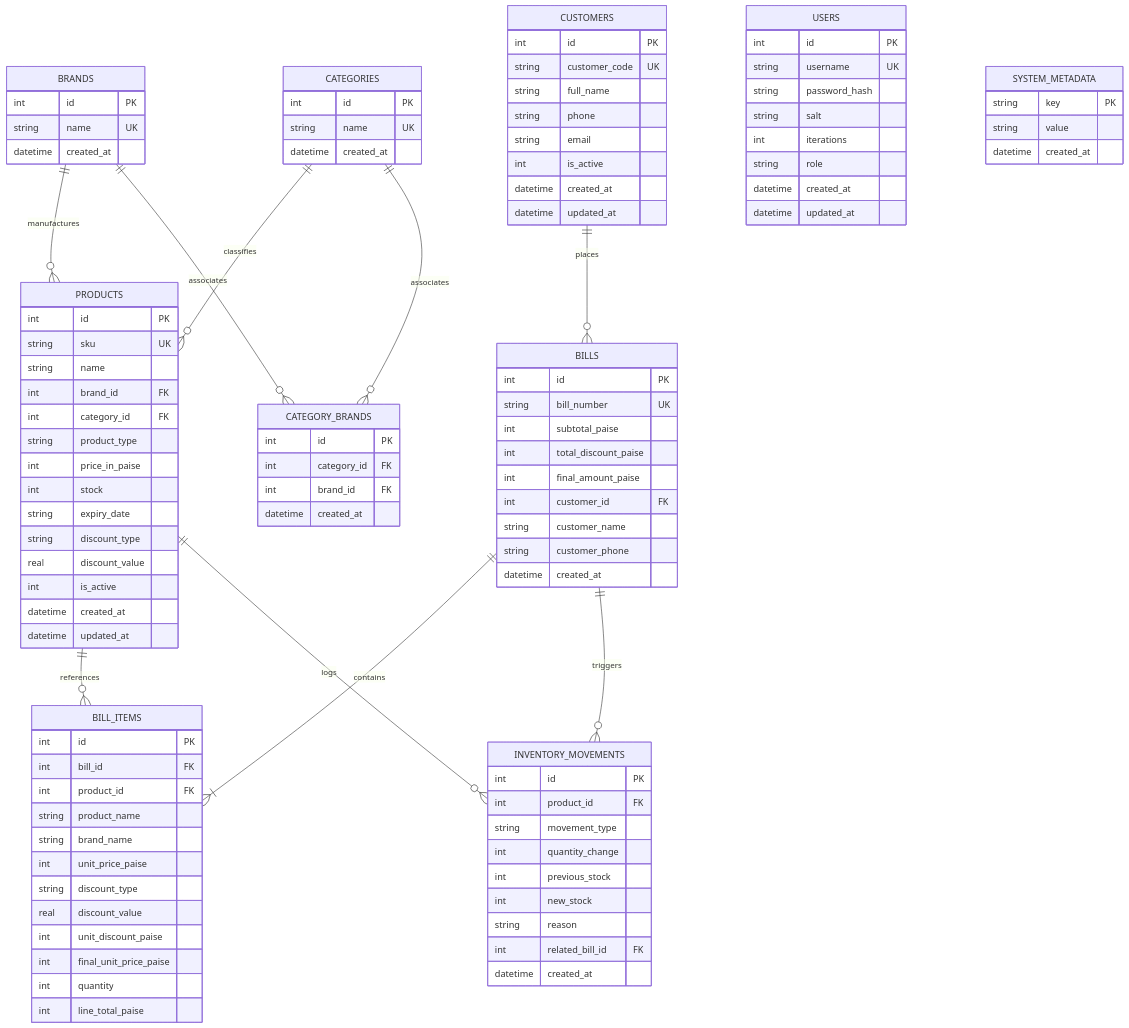
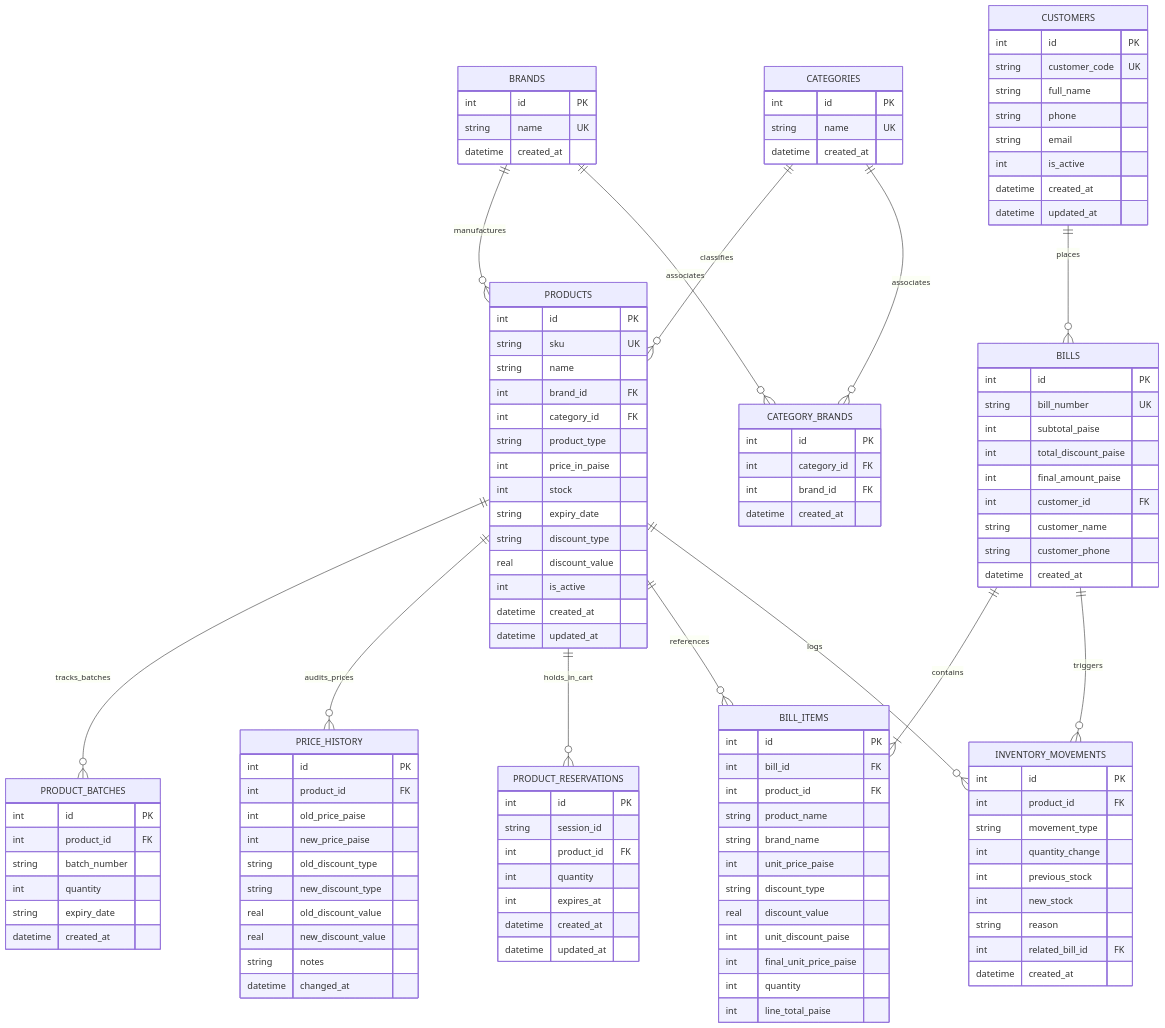
One commit to Sarthak-SethiNsd/Super-Market-Billing-System changed the diagram in docs/DATABASE_DESIGN.md. Above: the diagram before and after it, drawn with Mermaid. The commit also changed other lines of this file and 23 other files, not shown here.

Commit message:
fix(core): resolve edge cases across brand search, fixed discounts, and cart holds; update comprehensive technical documentation

````diff
--- a/docs/DATABASE_DESIGN.md
+++ b/docs/DATABASE_DESIGN.md
@@ -16,6 +17,9 @@
     CATEGORIES ||--o{ PRODUCTS : classifies
     CATEGORIES ||--o{ CATEGORY_BRANDS : associates
     BRANDS ||--o{ CATEGORY_BRANDS : associates
+    PRODUCTS ||--o{ PRODUCT_BATCHES : tracks_batches
+    PRODUCTS ||--o{ PRICE_HISTORY : audits_prices
+    PRODUCTS ||--o{ PRODUCT_RESERVATIONS : holds_in_cart
     CUSTOMERS ||--o{ BILLS : places
     BILLS ||--|{ BILL_ITEMS : contains
     PRODUCTS ||--o{ BILL_ITEMS : references
@@ -54,6 +58,38 @@
         string discount_type
         real discount_value
         int is_active
+        datetime created_at
+        datetime updated_at
+    }
+
+    PRODUCT_BATCHES {
+        int id PK
+        int product_id FK
+        string batch_number
+        int quantity
+        string expiry_date
+        datetime created_at
+    }
+
+    PRICE_HISTORY {
+        int id PK
+        int product_id FK
+        int old_price_paise
+        int new_price_paise
+        string old_discount_type
+        string new_discount_type
+        real old_discount_value
+        real new_discount_value
+        string notes
+        datetime changed_at
+    }
+
+    PRODUCT_RESERVATIONS {
+        int id PK
+        string session_id
+        int product_id FK
+        int quantity
+        int expires_at
         datetime created_at
         datetime updated_at
     }
@@ -107,21 +143,4 @@
         int related_bill_id FK
         datetime created_at
     }
-
-    USERS {
-        int id PK
-        string username UK
-        string password_hash
-        string salt
-        int iterations
-        string role
-        datetime created_at
-        datetime updated_at
-    }
-
-    SYSTEM_METADATA {
-        string key PK
-        string value
-        datetime created_at
-    }
 ```
````
